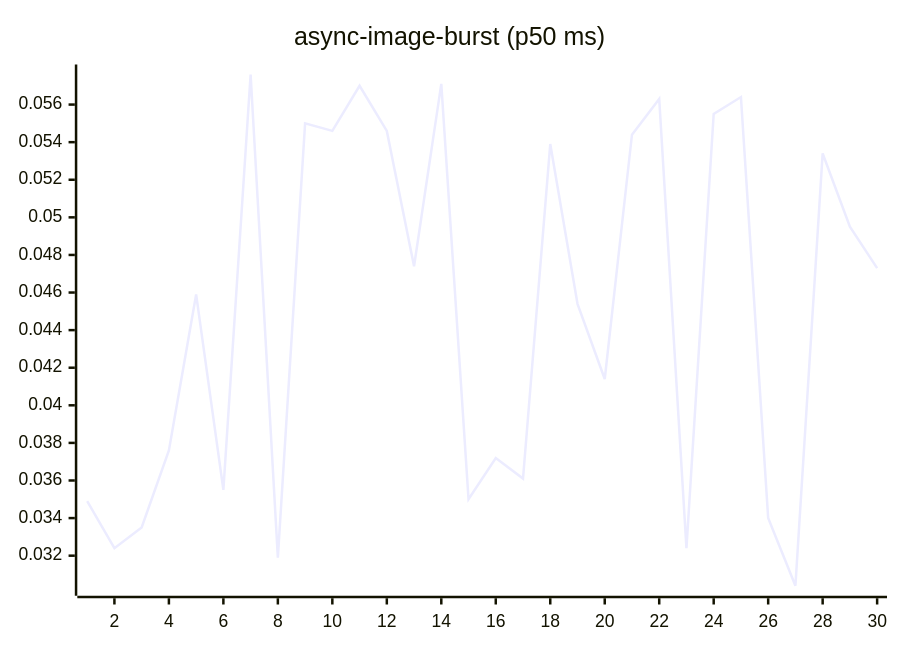
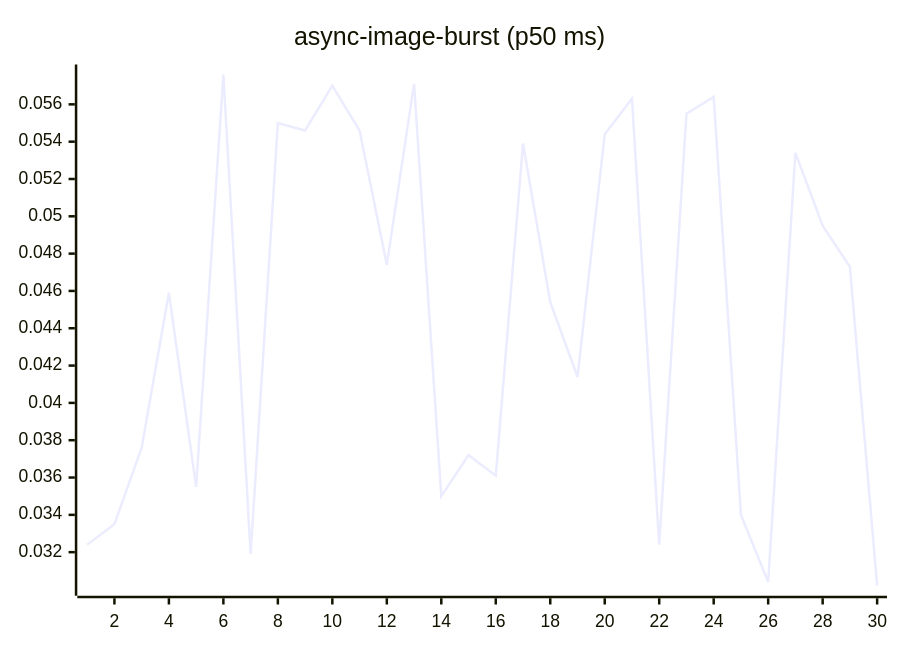
The fourth of 27 diagrams in README.md (josha/Facet), drawn with Mermaid before and after one commit. The commit also changed other lines of this file and 2 other files, not shown here.

````diff
--- a/README.md
+++ b/README.md
@@ -84,6 +84,6 @@
 ```mermaid
 xychart-beta
     title "async-image-burst (p50 ms)"
     x-axis 1 --> 30
-    line [0.0349, 0.0324, 0.0335, 0.0376, 0.0459, 0.0355, 0.0576, 0.0319, 0.0550, 0.0546, 0.0570, 0.0546, 0.0474, 0.0571, 0.0350, 0.0372, 0.0361, 0.0539, 0.0454, 0.0414, 0.0544, 0.0563, 0.0324, 0.0555, 0.0564, 0.0340, 0.0304, 0.0534, 0.0495, 0.0473]
+    line [0.0324, 0.0335, 0.0376, 0.0459, 0.0355, 0.0576, 0.0319, 0.0550, 0.0546, 0.0570, 0.0546, 0.0474, 0.0571, 0.0350, 0.0372, 0.0361, 0.0539, 0.0454, 0.0414, 0.0544, 0.0563, 0.0324, 0.0555, 0.0564, 0.0340, 0.0304, 0.0534, 0.0495, 0.0473, 0.0302]
 ```
````
